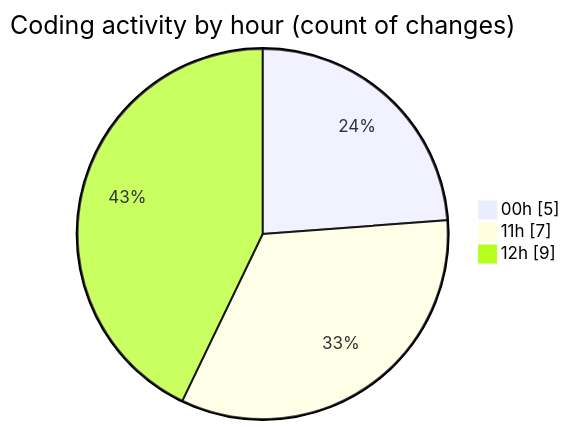
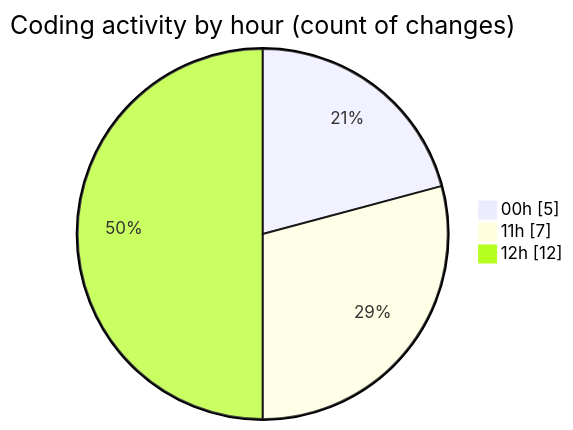
One commit to julien-gomy/code-tracking changed the second of 2 diagrams in 2025-10-08/eventscop-api-guide__workspace_/README.md. Above: the diagram before and after it, drawn with Mermaid. The commit also changed other lines of this file and 1 other file, not shown here.

````diff
--- a/2025-10-08/eventscop-api-guide__workspace_/README.md
+++ b/2025-10-08/eventscop-api-guide__workspace_/README.md
@@ -34,7 +34,7 @@
 ```mermaid
 pie showData
 title Coding activity by hour (count of changes)
 "00h" : 5
 "11h" : 7
-"12h" : 9
+"12h" : 12
 ```
````
